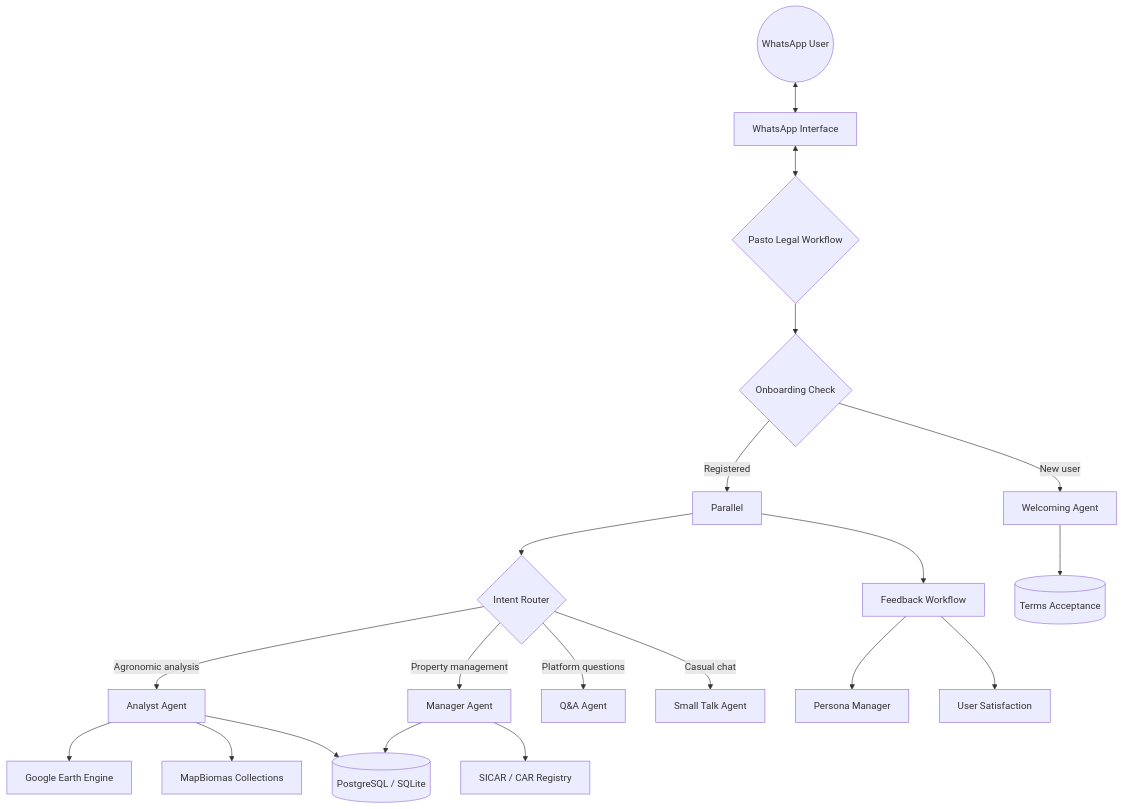
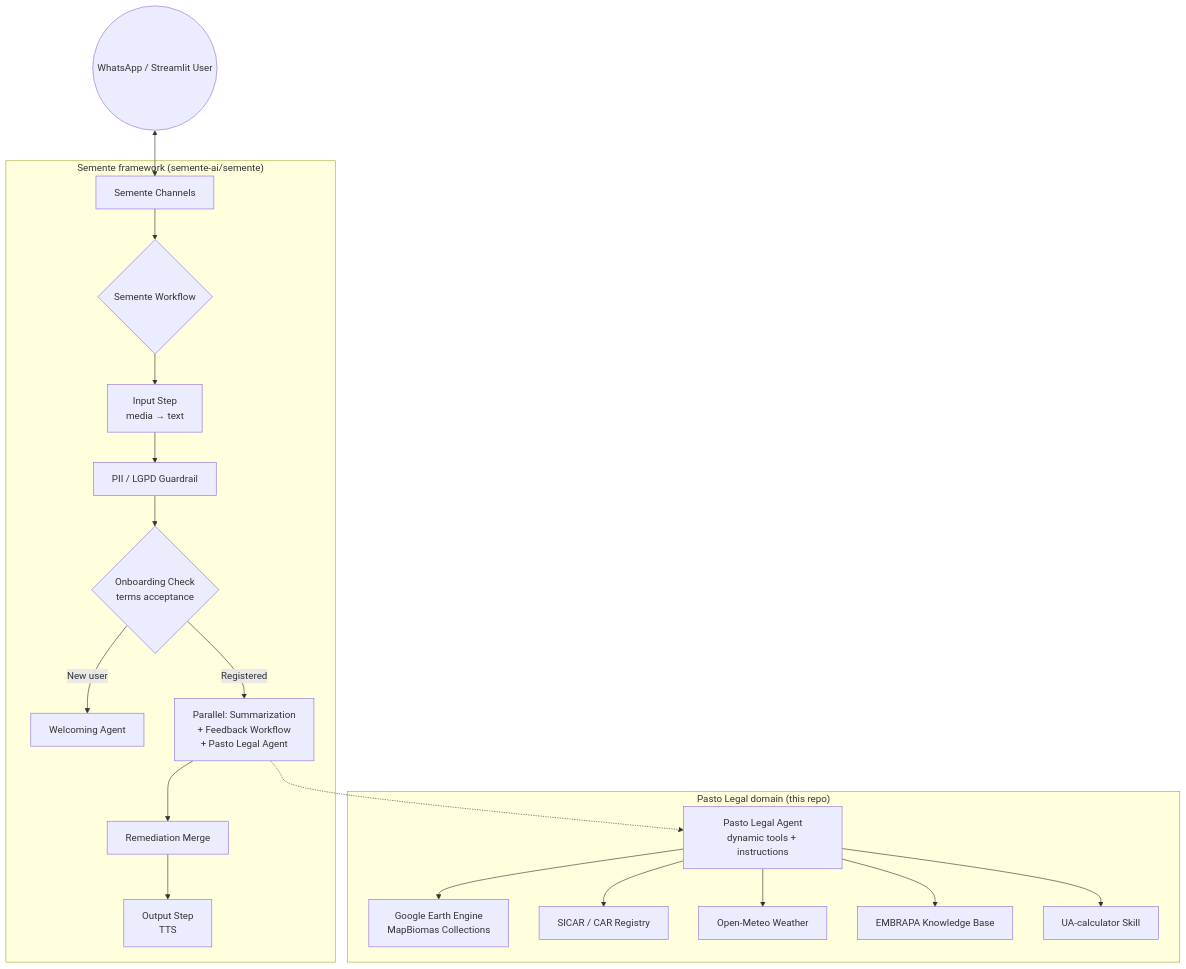
Before and after one commit to lapig-ufg/pasto-legal: the diagram in README.md, drawn with Mermaid. The commit also changed other lines of this file and 123 other files, not shown here.

Commit message:
Pasto Legal running using semente

````diff
--- a/README.md
+++ b/README.md
@@ -57,28 +82,26 @@
 ```mermaid
 graph TD
-    User((WhatsApp User)) <--> WA[WhatsApp Interface]
-    WA <--> WF{Pasto Legal Workflow}
+    User((WhatsApp / Streamlit User)) <--> CH[Semente Channels]
 
-    WF --> OC{Onboarding Check}
-    OC -->|New user| Welcome[Welcoming Agent]
-    OC -->|Registered| Parallel
+    subgraph Semente["Semente framework (semente-ai/semente)"]
+        CH --> WF{Semente Workflow}
+        WF --> IN[Input Step<br/>media → text]
+        IN --> GR[PII / LGPD Guardrail]
+        GR --> OC{Onboarding Check<br/>terms acceptance}
+        OC -->|New user| Welcome[Welcoming Agent]
+        OC -->|Registered| PAR[Parallel: Summarization<br/>+ Feedback Workflow<br/>+ Pasto Legal Agent]
+        PAR --> REM[Remediation Merge]
+        REM --> OUT[Output Step<br/>TTS]
+    end
 
-    Parallel --> FB[Feedback Workflow]
-    Parallel --> Router{Intent Router}
+    subgraph Domain["Pasto Legal domain (this repo)"]
+        PL[Pasto Legal Agent<br/>dynamic tools + instructions]
+        PL --> GEE[Google Earth Engine<br/>MapBiomas Collections]
+        PL --> SICAR[SICAR / CAR Registry]
+        PL --> WX[Open-Meteo Weather]
+        PL --> KB[EMBRAPA Knowledge Base]
+        PL --> SK[UA-calculator Skill]
+    end
 
-    Router -->|Agronomic analysis| Analyst[Analyst Agent]
-    Router -->|Property management| Manager[Manager Agent]
-    Router -->|Platform questions| QA[Q&A Agent]
-    Router -->|Casual chat| SmallTalk[Small Talk Agent]
-
-    Analyst --> GEE[Google Earth Engine]
-    Analyst --> MapBiomas[MapBiomas Collections]
-    Manager --> SICAR[SICAR / CAR Registry]
-
-    FB --> Persona[Persona Manager]
-    FB --> Sat[User Satisfaction]
-
-    Welcome --> TermsDB[(Terms Acceptance)]
-    Analyst --> DB[(PostgreSQL / SQLite)]
-    Manager --> DB
+    PAR -.-> PL
 ```
````
